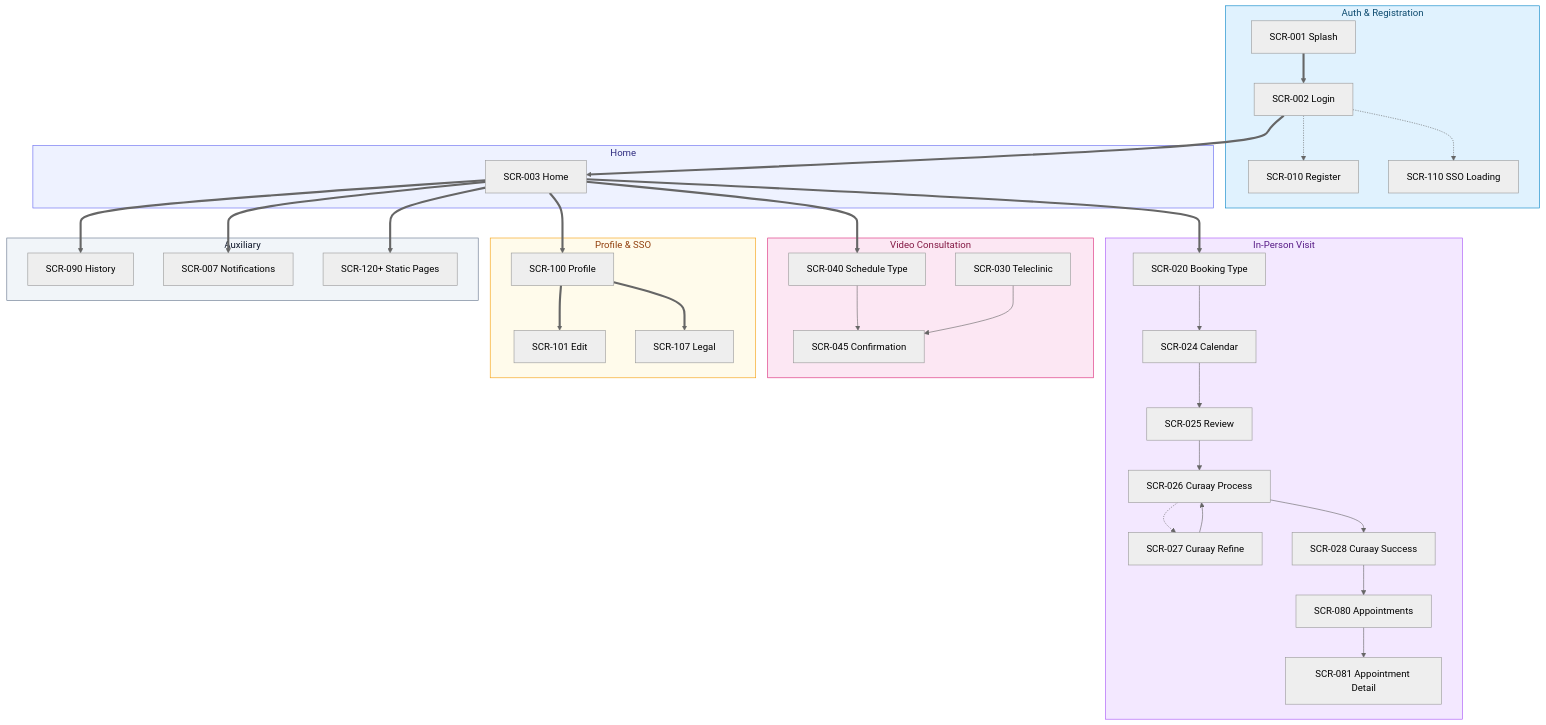
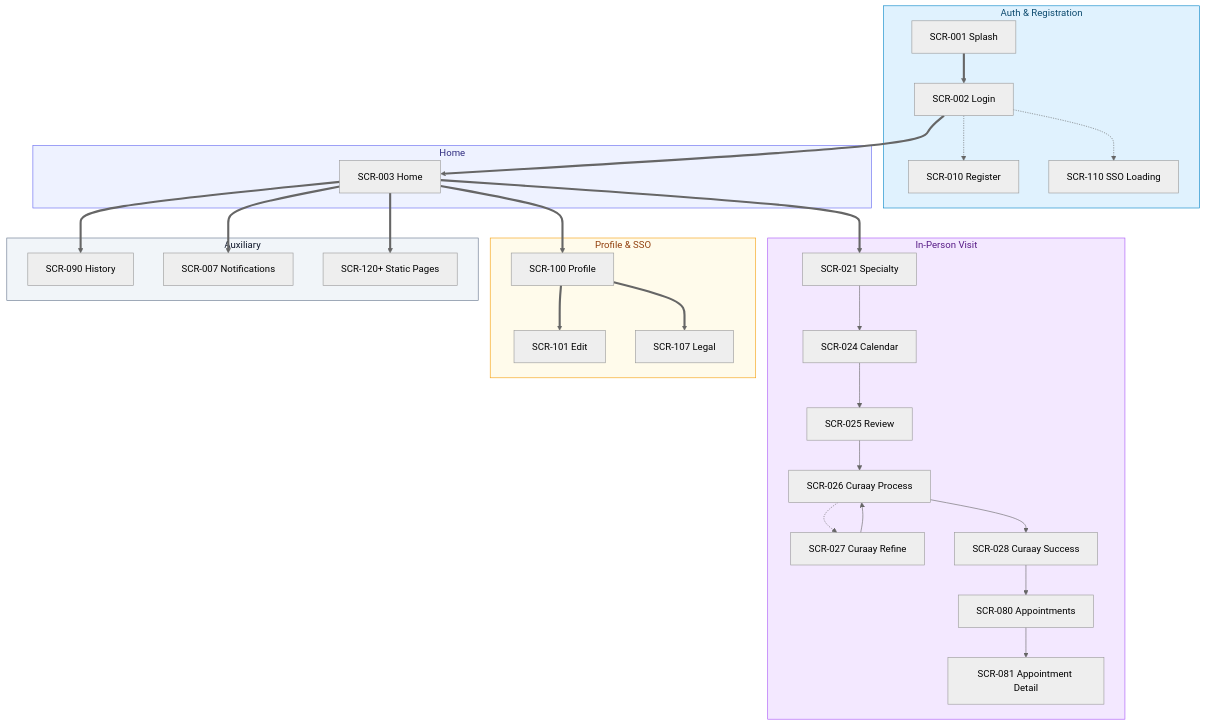
The second of 2 diagrams in docs/artifacts/ia-map/IA.md (garyctc/MedAlpha-Flow), drawn with Mermaid (neutral theme) before and after one commit. The commit also changed other lines of this file and 7 other files, not shown here.

First line of the commit message:
Hide video consultation for V1

````diff
--- a/docs/artifacts/ia-map/IA.md
+++ b/docs/artifacts/ia-map/IA.md
@@ -80,7 +80,6 @@
   classDef auth fill:#E0F2FE,stroke:#0284C7,color:#0C4A6E;
   classDef hub fill:#EEF2FF,stroke:#6366F1,color:#312E81;
   classDef inperson fill:#F3E8FF,stroke:#A855F7,color:#581C87;
-  classDef video fill:#FCE7F3,stroke:#DB2777,color:#831843;
   classDef profile fill:#FFFBEB,stroke:#F59E0B,color:#92400E;
 
   subgraph AUTH[Auth & Registration]
@@ -95,7 +94,7 @@
   end
 
   subgraph INPERSON[In-Person Visit]
-    booking-type["SCR-020 Booking Type"]
+    booking-specialty["SCR-021 Specialty"]
     booking-calendar["SCR-024 Calendar"]
     booking-review["SCR-025 Review"]
     curaay-proc["SCR-026 Curaay Process"]
@@ -103,12 +102,6 @@
     curaay-success["SCR-028 Curaay Success"]
     appt-list["SCR-080 Appointments"]
     appt-detail["SCR-081 Appointment Detail"]
-  end
-
-  subgraph VIDEO[Video Consultation]
-    telehealth-schedule["SCR-040 Schedule Type"]
-    telehealth-confirm["SCR-045 Confirmation"]
-    teleclinic["SCR-030 Teleclinic"]
   end
 
   subgraph PROFILE[Profile & SSO]
@@ -129,23 +122,18 @@
   auth-login -.-> sso-loading
   auth-login ==> hub-home
 
-  %% Home entry point
-  hub-home ==> booking-type
-  hub-home ==> telehealth-schedule
+  %% Home entry point (booking type skipped, goes directly to specialty)
+  hub-home ==> booking-specialty
   hub-home ==> history
   hub-home ==> notifications
   hub-home ==> profile
   hub-home ==> static
 
-  %% In-person flow
-  booking-type --> booking-calendar --> booking-review --> curaay-proc
+  %% In-person flow (type selection skipped)
+  booking-specialty --> booking-calendar --> booking-review --> curaay-proc
   curaay-proc --> curaay-success
   curaay-proc -.-> curaay-refine --> curaay-proc
   curaay-success --> appt-list --> appt-detail
-
-  %% Video flow
-  telehealth-schedule --> telehealth-confirm
-  teleclinic --> telehealth-confirm
 
   %% Profile flow
   profile ==> profile-edit
@@ -154,7 +142,6 @@
   class AUTH auth
   class HOME hub
   class INPERSON inperson
-  class VIDEO video
   class PROFILE profile
   class AUX system
 ```
````
